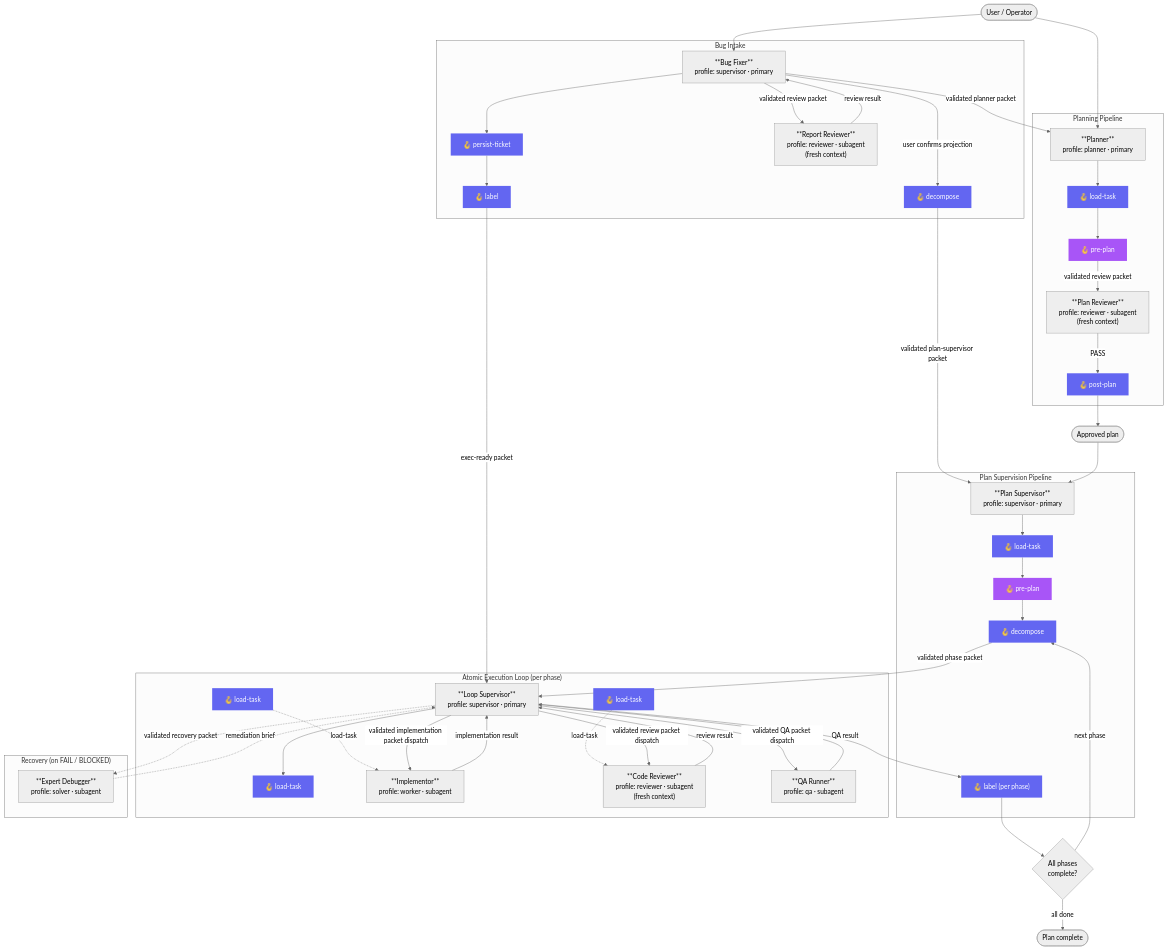
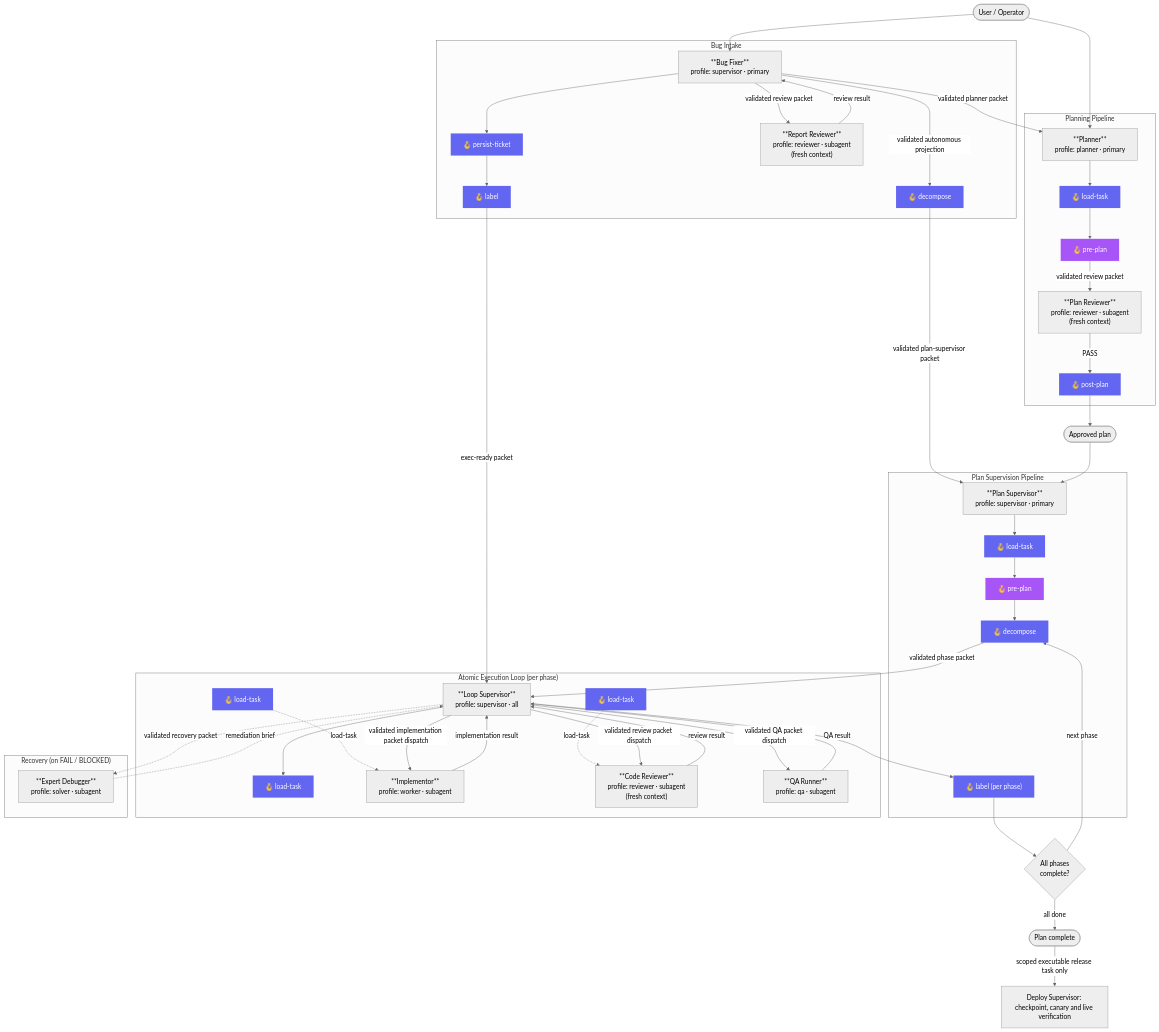
Before and after one commit to ericmaster/agent-fabric: the diagram in docs/architecture/system-overview.md, drawn with Mermaid (neutral theme). The commit also changed other lines of this file and 30 other files, not shown here.

```diff
--- a/docs/architecture/system-overview.md
+++ b/docs/architecture/system-overview.md
@@ -26,7 +26,7 @@
     BF --> H_PT --> H_LBL_BF
     BF -->|"validated planner packet"| PLANNER
     H_LBL_BF -->|"exec-ready packet"| LSUP
-    BF -->|"user confirms projection"| H_DEC_BF
+    BF -->|"validated autonomous projection"| H_DEC_BF
     H_DEC_BF -->|"validated plan-supervisor packet"| PSUP
 
     subgraph "Planning Pipeline"
@@ -54,7 +54,7 @@
     PSUP --> H_LT2 --> H_PP2 --> H_DEC2
 
     subgraph "Atomic Execution Loop (per phase)"
-        LSUP["**Loop Supervisor**\nprofile: supervisor · primary"]
+        LSUP["**Loop Supervisor**\nprofile: supervisor · all"]
         H_LT3["🪝 load-task"]
         IMPL["**Implementor**\nprofile: worker · subagent"]
         IMPL_H_LT["🪝 load-task"]
@@ -84,6 +84,7 @@
     LSUP --> H_LBL2 --> PHASE_DONE{All phases\ncomplete?}
     PHASE_DONE -- "next phase" --> H_DEC2
     PHASE_DONE -- "all done" --> COMPLETE([Plan complete])
+    COMPLETE -- "scoped executable release task only" --> DEPLOY[Deploy Supervisor: checkpoint, canary and live verification]
 
     style H_PT fill:#6366f1,color:#fff,stroke:none
     style H_LBL_BF fill:#6366f1,color:#fff,stroke:none
```
